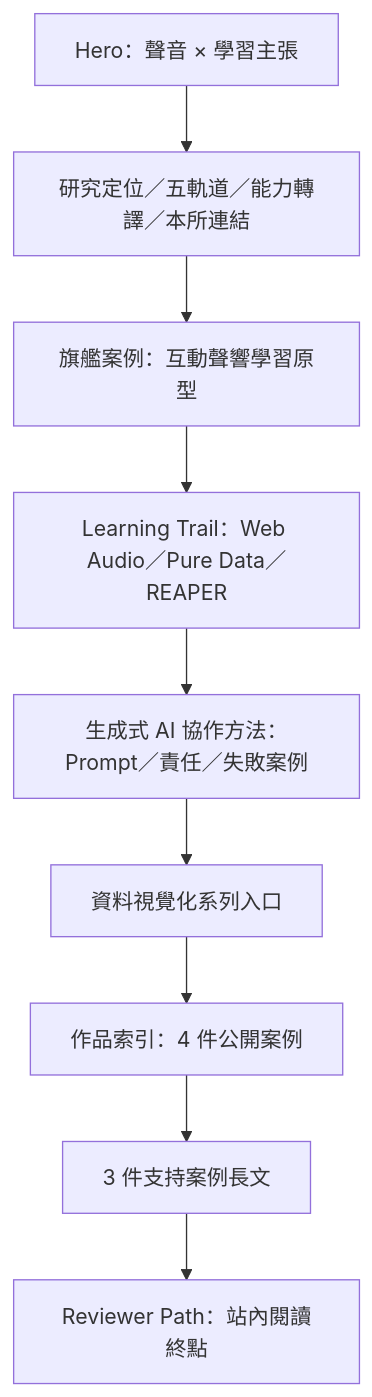
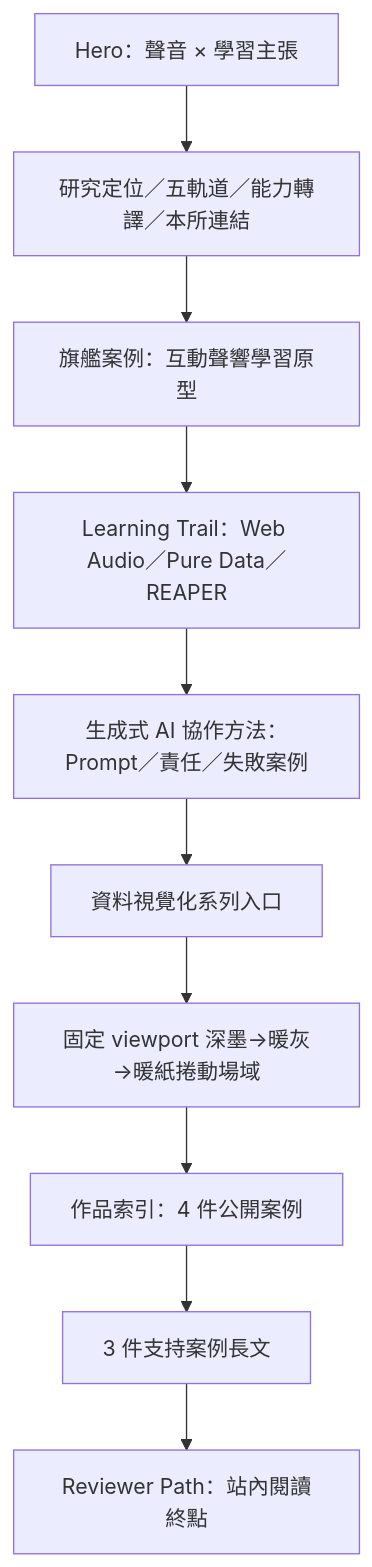
One commit to Ruyuang0509/ruyuang-portfolio changed the diagram in docs/website/CURRENT_STATE.md. Above: the diagram before and after it, drawn with Mermaid. The commit also changed other lines of this file and 35 other files, not shown here.

````diff
--- a/docs/website/CURRENT_STATE.md
+++ b/docs/website/CURRENT_STATE.md
@@ -25,11 +48,12 @@
 ```mermaid
 flowchart TD
   A["Hero：聲音 × 學習主張"] --> B["研究定位／五軌道／能力轉譯／本所連結"]
   B --> C["旗艦案例：互動聲響學習原型"]
   C --> D["Learning Trail：Web Audio／Pure Data／REAPER"]
   D --> E["生成式 AI 協作方法：Prompt／責任／失敗案例"]
   E --> F["資料視覺化系列入口"]
-  F --> G["作品索引：4 件公開案例"]
-  G --> H["3 件支持案例長文"]
-  H --> I["Reviewer Path：站內閱讀終點"]
+  F --> G["固定 viewport 深墨→暖灰→暖紙捲動場域"]
+  G --> H["作品索引：4 件公開案例"]
+  H --> I["3 件支持案例長文"]
+  I --> J["Reviewer Path：站內閱讀終點"]
 ```
````
